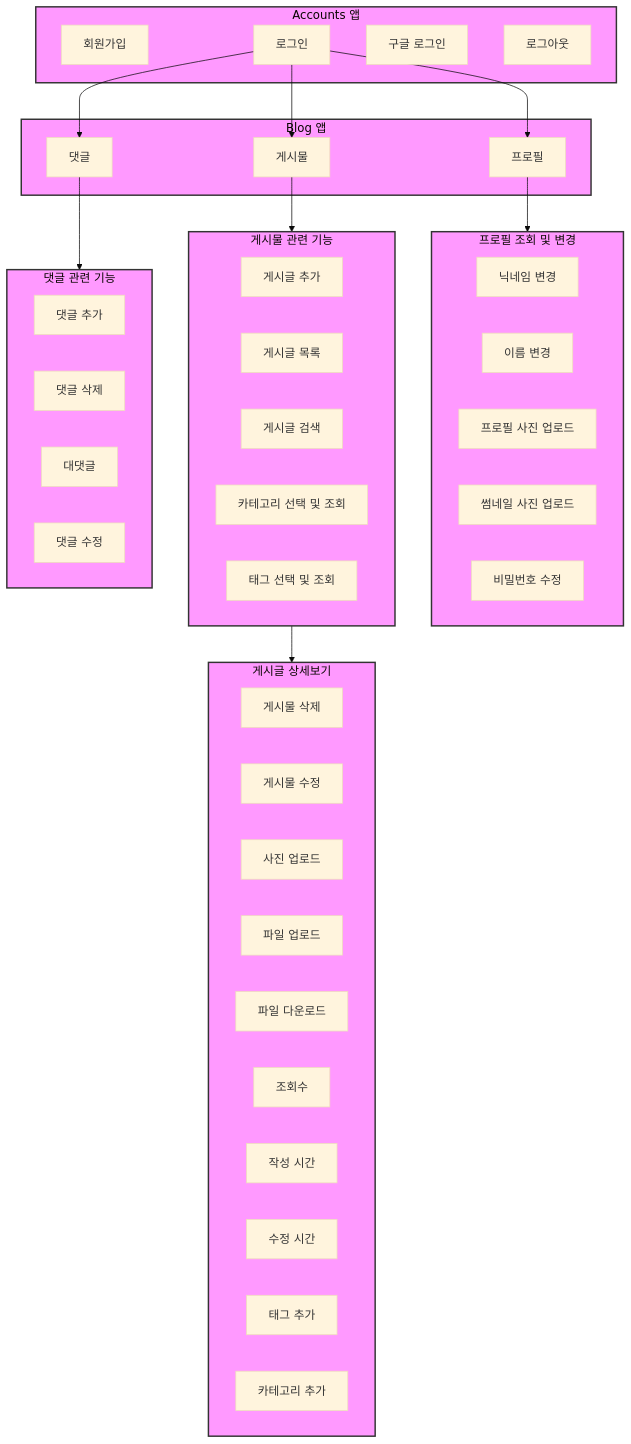
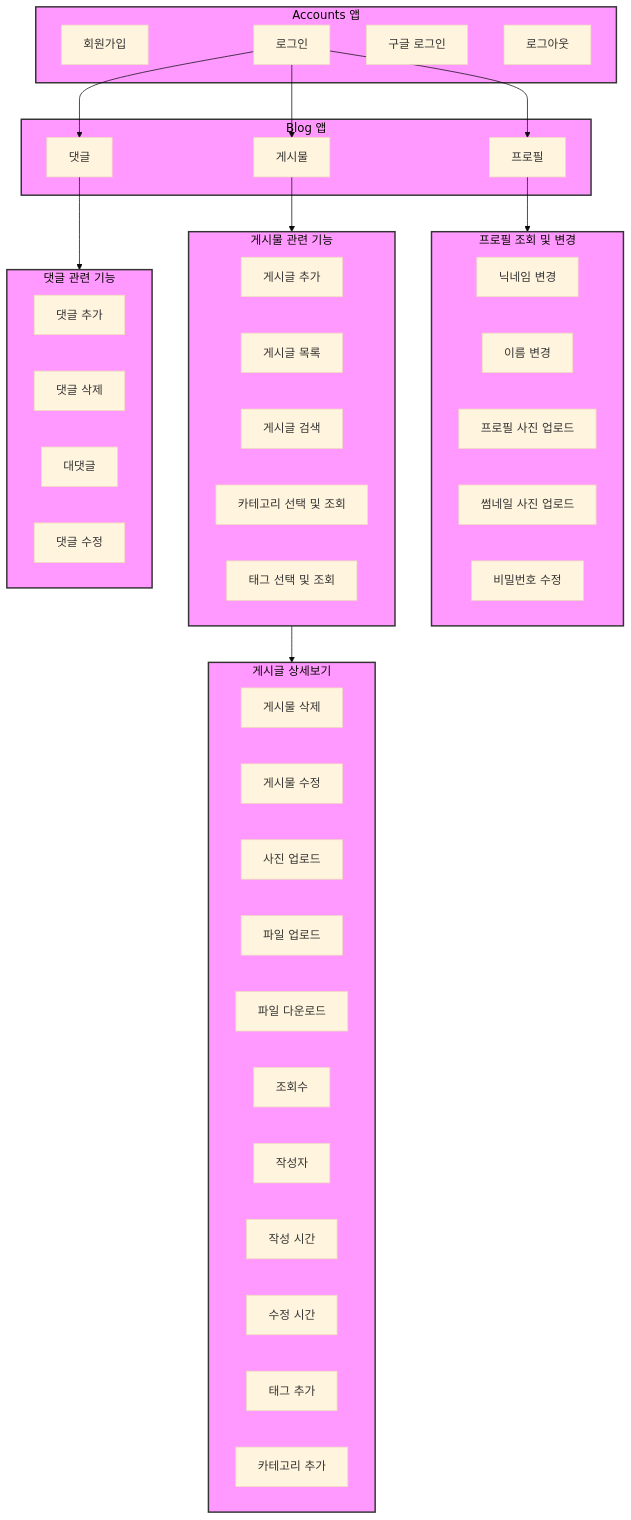
Before and after one commit to JoohyungDev/movie-review-blog: the first of 3 diagrams in README.md, drawn with Mermaid (base theme).

````diff
--- a/README.md
+++ b/README.md
@@ -93,66 +93,67 @@
 ```mermaid
 graph TD;
     subgraph accounts [Accounts 앱]
         signup[회원가입]
         login[로그인]
         google_login[구글 로그인]
         logout[로그아웃]
     end
 
     subgraph blog [Blog 앱]
         profile[프로필]
         postCRUD[게시물]
         commentCRUD[댓글]
     end
 
     subgraph profileFeatures [프로필 조회 및 변경]
         nicknameSetting[닉네임 변경]
         nameSetting[이름 변경]
         profilePhotoUpload[프로필 사진 업로드]
 	    thumbnailImageUpload[썸네일 사진 업로드]
         passwordEdit[비밀번호 수정]
     end
 
     subgraph postFeatures [게시물 관련 기능]
         createPost[게시글 추가]
 	    postList[게시글 목록]
         searchPost[게시글 검색]
         categorySelectAndView[카테고리 선택 및 조회]
         tagSelectAndView[태그 선택 및 조회]
     end
 
     subgraph postDetail [게시글 상세보기]
         deletePost[게시물 삭제]
         editPost[게시물 수정]
         uploadPhotoInPost[사진 업로드]
         uploadFileInPost[파일 업로드]
 	downloadFile[파일 다운로드]
         viewCountInPost[조회수]
+	author[작성자]
 	createdAt[작성 시간]
 	updatedAt[수정 시간]
         tagAddInPost[태그 추가]
         categoryAddInPost[카테고리 추가]
     end
 
     subgraph commentFeatures [댓글 관련 기능]
         addComment[댓글 추가]
         deleteComment[댓글 삭제]
         addReply[대댓글]
         editComment[댓글 수정]
     end
 
     login --> profile;
     profile --> profileFeatures;
     login --> postCRUD;
     login --> commentCRUD;
     postCRUD --> postFeatures;
     postFeatures --> postDetail;
     commentCRUD --> commentFeatures;
 
     classDef app fill:#f9f,stroke:#333,stroke-width:2px;
     class accounts,blog,profileFeatures,postFeatures,commentFeatures,postDetail app;
 
 
 
 
 ```
````
